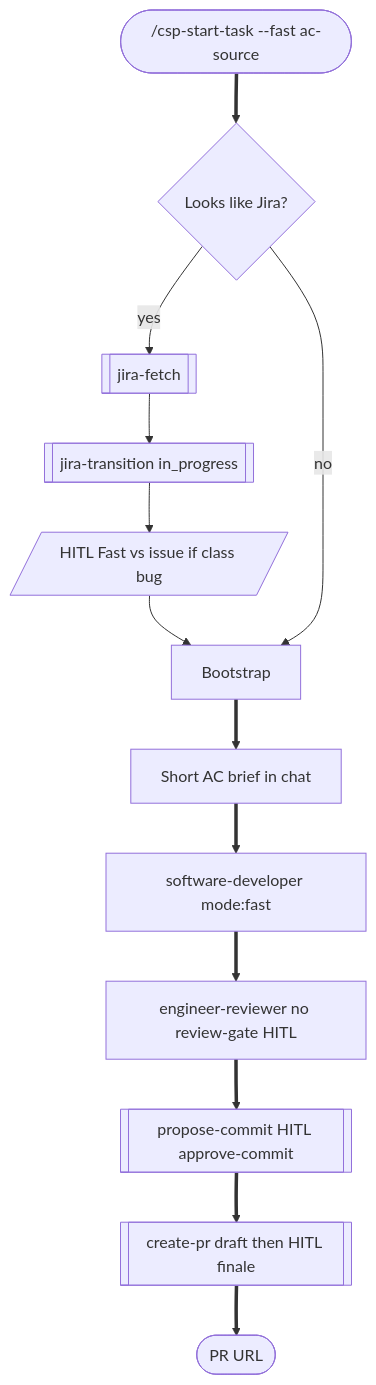
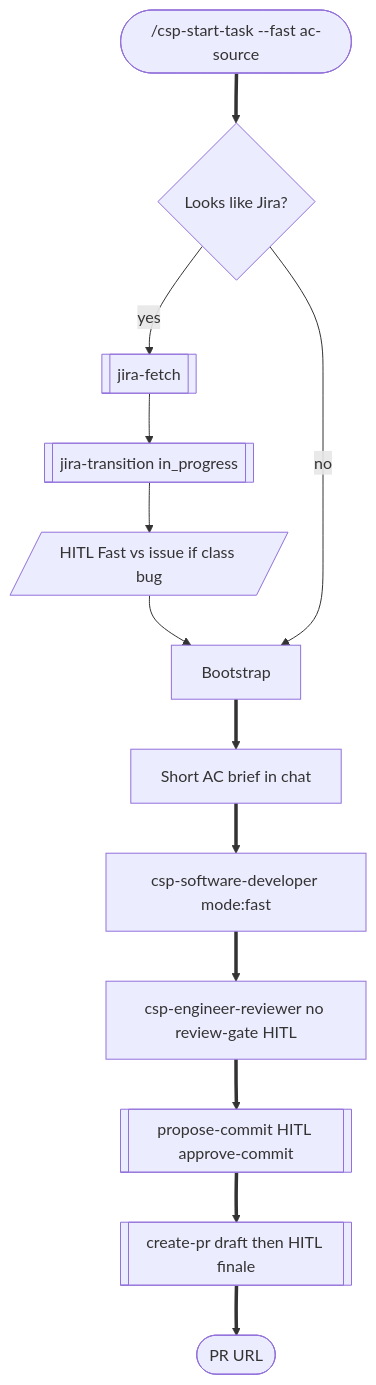
Before and after one commit to a-trembak/cursor-spells: diagram 12 of 14 in docs/superpowers/pipeline-flow.md, drawn with Mermaid. The commit also changed other lines of this file and 1 other file, not shown here.

First line of the commit message:
Prefix Mermaid and canvas agent labels with csp-.

````diff
--- a/docs/superpowers/pipeline-flow.md
+++ b/docs/superpowers/pipeline-flow.md
@@ -544,20 +544,20 @@
 ```mermaid
 flowchart TD
   startFast(["/csp-start-task --fast ac-source"])
   looksJira{Looks like Jira?}
   fetch[["jira-fetch"]]
   inProgress[["jira-transition in_progress"]]
   fastVsIssue[/"HITL Fast vs issue if class bug"/]
   boot["Bootstrap"]
   brief["Short AC brief in chat"]
-  exec["software-developer mode:fast"]
-  review["engineer-reviewer no review-gate HITL"]
+  exec["csp-software-developer mode:fast"]
+  review["csp-engineer-reviewer no review-gate HITL"]
   commitNode[["propose-commit HITL approve-commit"]]
   prNode[["create-pr draft then HITL finale"]]
   doneFast(["PR URL"])
 
   startFast ==> looksJira
   looksJira -->|"yes"| fetch --> inProgress --> fastVsIssue --> boot
   looksJira -->|"no"| boot
   boot ==> brief ==> exec ==> review ==> commitNode ==> prNode ==> doneFast
 ```
````
